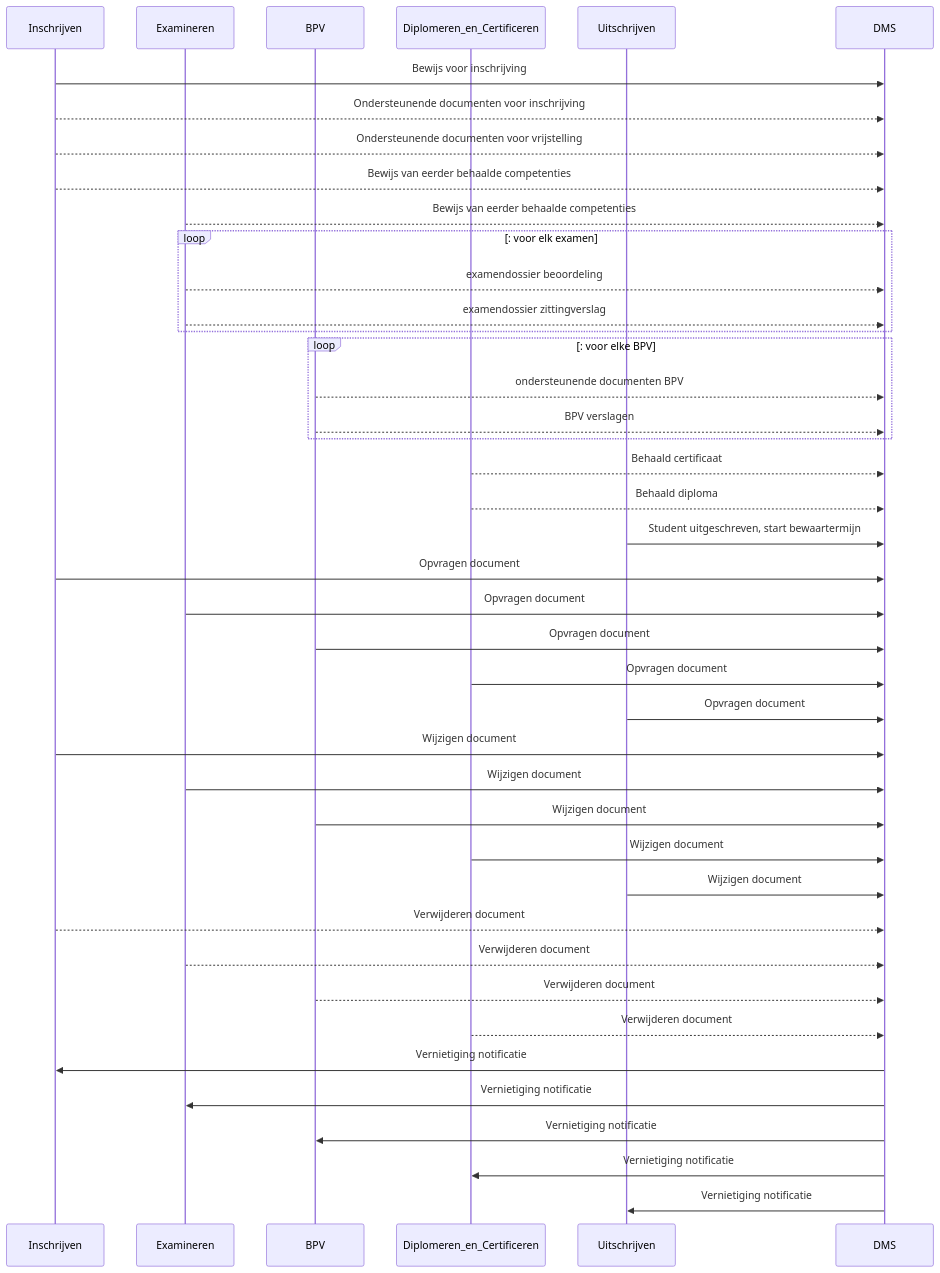
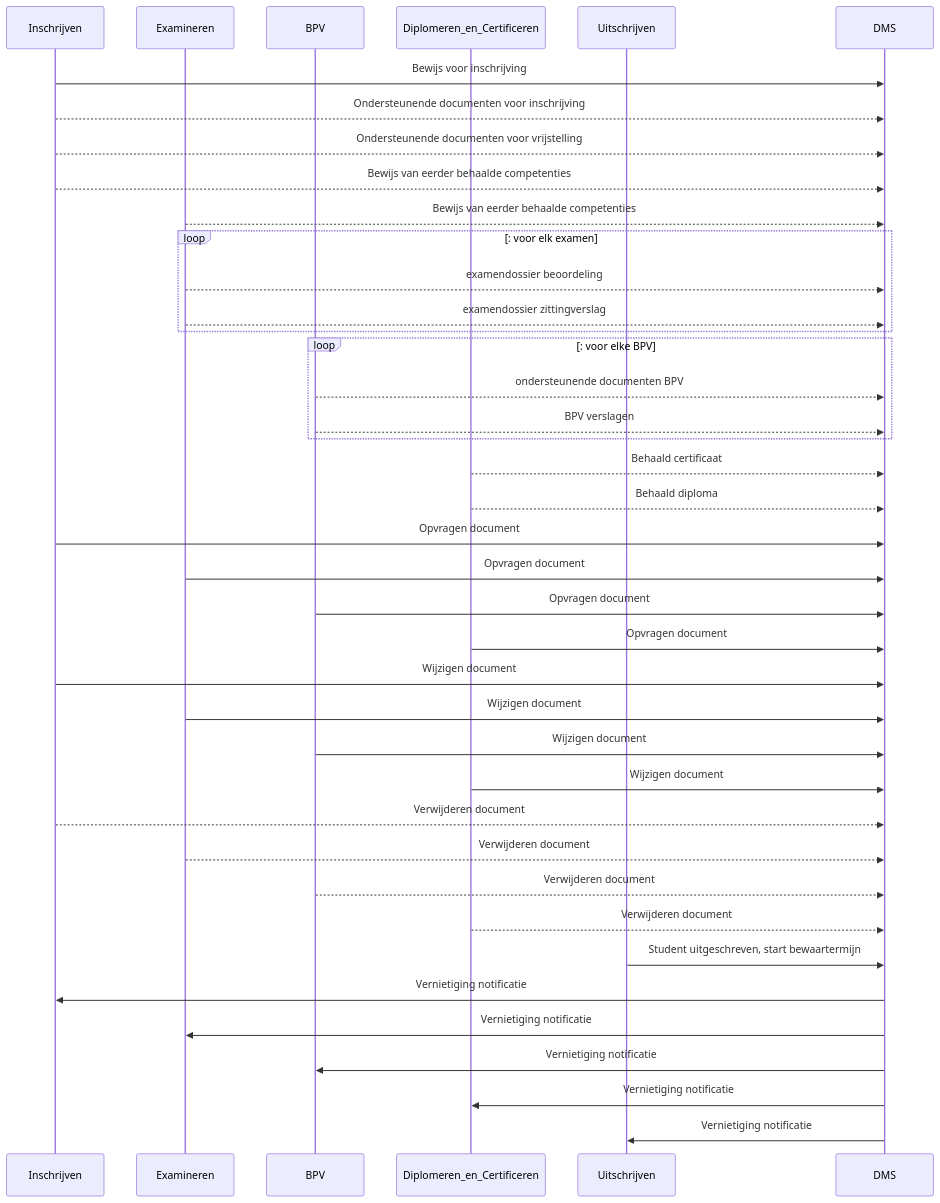
Before and after one commit to Onderwijs-Koppelingen-OKx/OKD-Document-Management: the second of 3 diagrams in README.md, drawn with Mermaid.

Commit message:
Fix Uitschrijven document handling in README

````diff
--- a/README.md
+++ b/README.md
@@ -69,47 +69,45 @@
 ```mermaid
 sequenceDiagram
     Participant Inschrijven
     Participant Examineren
     Participant BPV
     Participant Diplomeren_en_Certificeren
     Participant Uitschrijven
     Participant DMS
 
     Inschrijven->>DMS: Bewijs voor inschrijving
     Inschrijven-->>DMS: Ondersteunende documenten voor inschrijving
     Inschrijven-->>DMS: Ondersteunende documenten voor vrijstelling
     Inschrijven -->> DMS: Bewijs van eerder behaalde competenties
     Examineren -->> DMS: Bewijs van eerder behaalde competenties
     loop: voor elk examen
     Examineren -->> DMS: examendossier beoordeling
     Examineren -->> DMS: examendossier zittingverslag
     end
     loop: voor elke BPV
     BPV -->> DMS: ondersteunende documenten BPV
     BPV -->> DMS: BPV verslagen
     end
     Diplomeren_en_Certificeren -->> DMS: Behaald certificaat
     Diplomeren_en_Certificeren -->> DMS: Behaald diploma
-    Uitschrijven ->> DMS: Student uitgeschreven, start bewaartermijn
     Inschrijven->>DMS: Opvragen document
     Examineren->>DMS: Opvragen document
     BPV->>DMS: Opvragen document
     Diplomeren_en_Certificeren->>DMS: Opvragen document
-    Uitschrijven->>DMS: Opvragen document
     Inschrijven->>DMS: Wijzigen document
     Examineren->>DMS: Wijzigen document
     BPV->>DMS: Wijzigen document
     Diplomeren_en_Certificeren->>DMS: Wijzigen document
-    Uitschrijven->>DMS: Wijzigen document
     Inschrijven -->> DMS: Verwijderen document
     Examineren -->> DMS: Verwijderen document
     BPV -->> DMS: Verwijderen document
     Diplomeren_en_Certificeren -->> DMS: Verwijderen document
+    Uitschrijven ->> DMS: Student uitgeschreven, start bewaartermijn
     DMS ->> Inschrijven: Vernietiging notificatie
     DMS ->> Examineren: Vernietiging notificatie
     DMS ->> BPV: Vernietiging notificatie
     DMS ->> Diplomeren_en_Certificeren: Vernietiging notificatie
     DMS ->> Uitschrijven: Vernietiging notificatie
 
 
 ```
````
